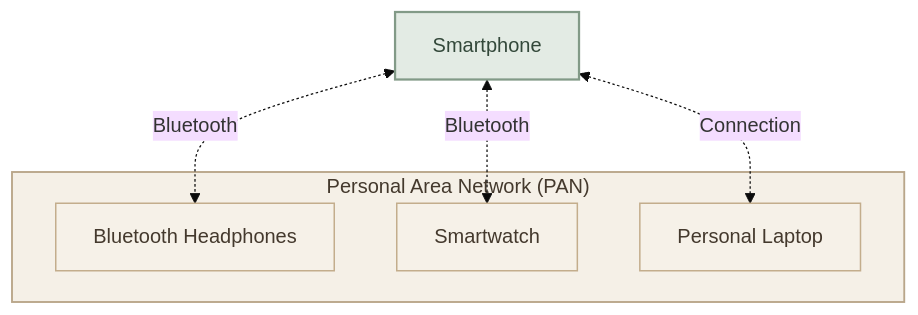
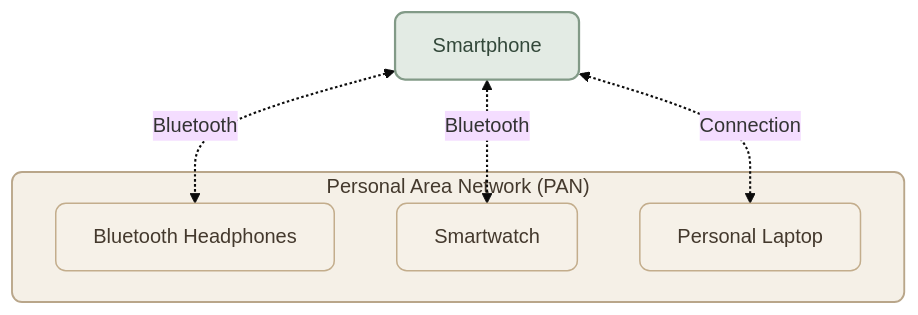
One commit to mustafammasoud/ops-handbook changed the fourth of 4 diagrams in content/networking/network-types.mdx. Above: the diagram before and after it, drawn with Mermaid (base theme). The commit also changed other lines of this file and 7 other files, not shown here.

````diff
--- a/content/networking/network-types.mdx
+++ b/content/networking/network-types.mdx
@@ -209,22 +212,23 @@
 ```mermaid
 flowchart TB
     Phone[" Smartphone"]
 
     subgraph PAN["Personal Area Network (PAN)"]
         Headphones[" Bluetooth Headphones"]
         Watch[" Smartwatch"]
         Laptop[" Personal Laptop"]
     end
 
     Phone <-. "Bluetooth" .-> Headphones
     Phone <-. "Bluetooth" .-> Watch
     Phone <-. "Connection" .-> Laptop
 
-    classDef main fill:#E3EBE4,stroke:#829A87,color:#33483A,stroke-width:1.8px
-    classDef device fill:#F6F1E8,stroke:#C3AD8C,color:#44392D,stroke-width:1.2px
+    classDef main fill:#E3EBE4,stroke:#829A87,color:#33483A,stroke-width:1.8px,rx:8,ry:8
+    classDef device fill:#F6F1E8,stroke:#C3AD8C,color:#44392D,stroke-width:1.2px,rx:8,ry:8
 
     class Phone main
     class Headphones,Watch,Laptop device
 
-    style PAN fill:#F5F0E7,stroke:#B9A68A,stroke-width:1.5px,color:#44392D
+    style PAN fill:#F5F0E7,stroke:#B9A68A,stroke-width:1.5px,color:#44392D,rx:8,ry:8
+    linkStyle default stroke-width:1.7px
 ```
````
